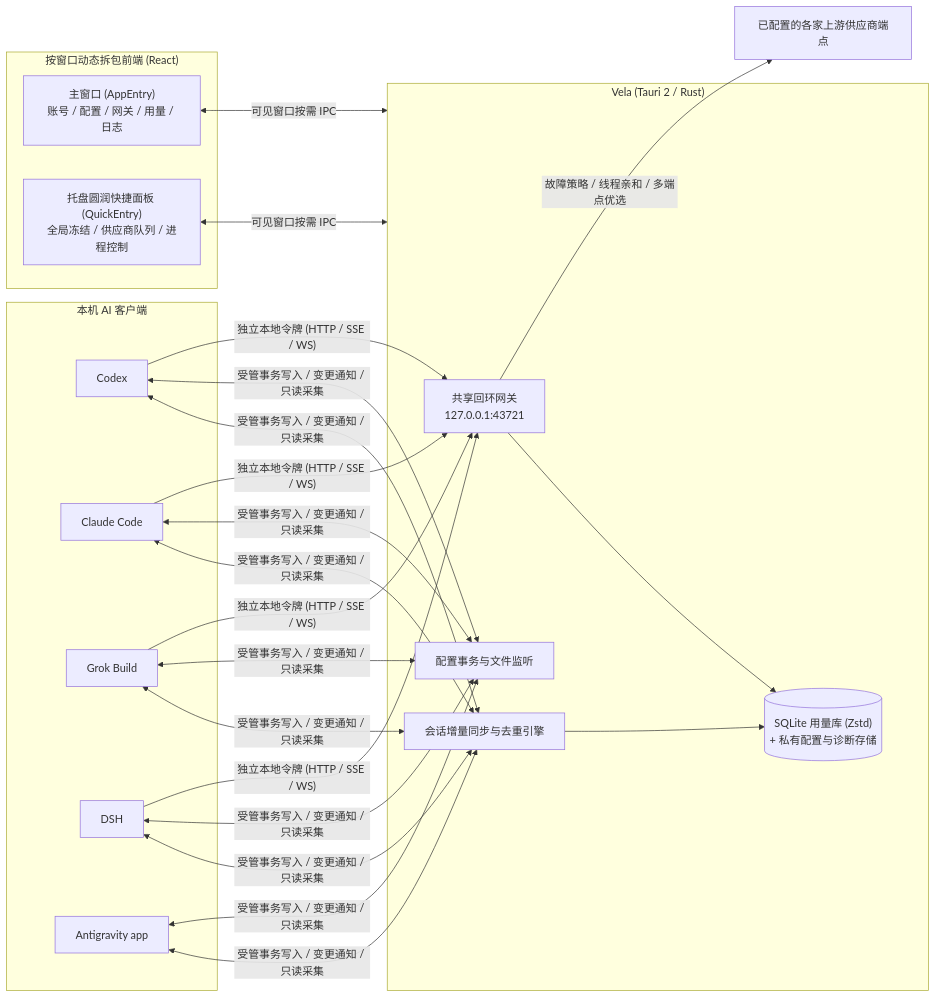
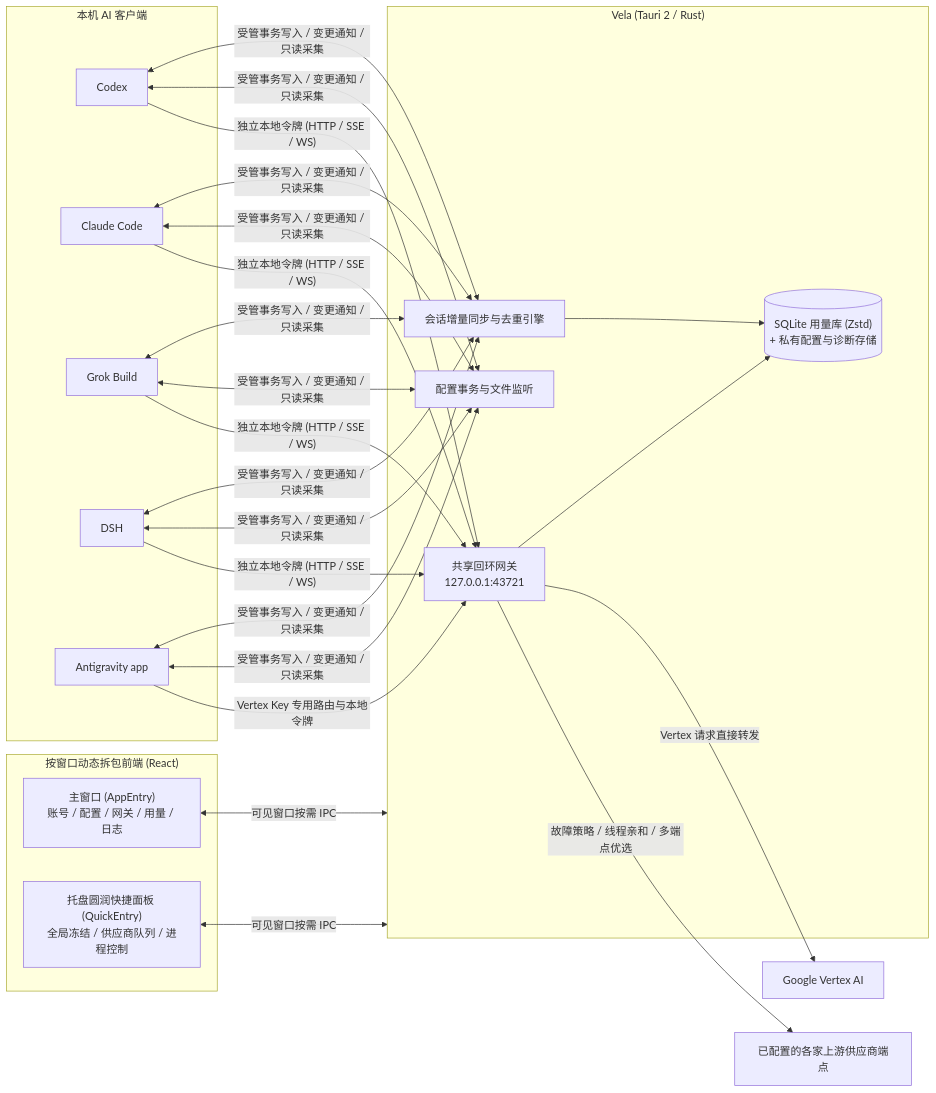
Before and after one commit to lich13/lich13-switch: the diagram in README.md, drawn with Mermaid. The commit also changed other lines of this file and 51 other files, not shown here.

````diff
--- a/README.md
+++ b/README.md
@@ -60,30 +60,33 @@
 ```mermaid
 flowchart LR
   subgraph Clients["本机 AI 客户端"]
     Codex["Codex"]
     Claude["Claude Code"]
     Grok["Grok Build"]
     DSH["DSH"]
     AG["Antigravity app"]
   end
 
   subgraph Core["Vela (Tauri 2 / Rust)"]
     GW["共享回环网关\n127.0.0.1:43721"]
     Watch["配置事务与文件监听"]
     Sync["会话增量同步与去重引擎"]
     DB[("SQLite 用量库 (Zstd)\n+ 私有配置与诊断存储")]
   end
 
   subgraph UI["按窗口动态拆包前端 (React)"]
     Main["主窗口 (AppEntry)\n账号 / 配置 / 网关 / 用量 / 日志"]
     Quick["托盘圆润快捷面板 (QuickEntry)\n全局冻结 / 供应商队列 / 进程控制"]
   end
 
   Upstreams["已配置的各家上游供应商端点"]
+  Vertex["Google Vertex AI"]
 
   Codex & Claude & Grok & DSH -->|"独立本地令牌 (HTTP / SSE / WS)"| GW
   GW -->|"故障策略 / 线程亲和 / 多端点优选"| Upstreams
+  AG -->|"Vertex Key 专用路由与本地令牌"| GW
+  GW -->|"Vertex 请求直接转发"| Vertex
   Codex & Claude & Grok & DSH & AG <-->|"受管事务写入 / 变更通知 / 只读采集"| Watch & Sync
   GW & Sync --> DB
   Main & Quick <-->|"可见窗口按需 IPC"| Core
 ```
````
